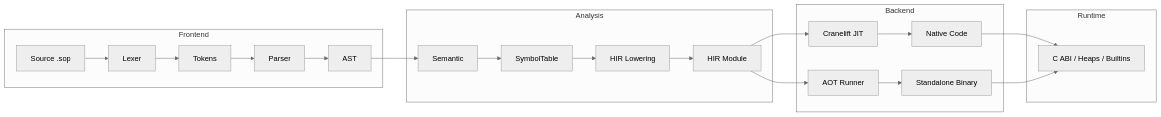
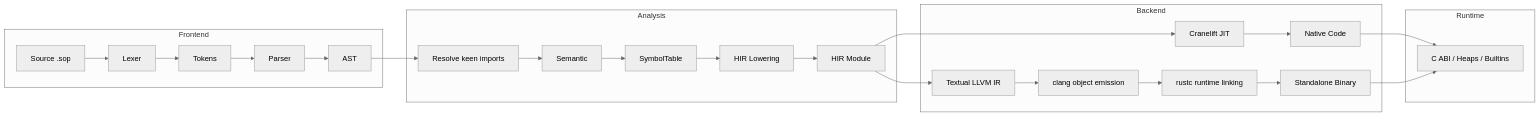
Before and after one commit to soplang/soplang: the diagram in docs/architecture/ARCHITECTURE.md, drawn with Mermaid (neutral theme). The commit also changed other lines of this file and 23 other files, not shown here.

````diff
--- a/docs/architecture/ARCHITECTURE.md
+++ b/docs/architecture/ARCHITECTURE.md
@@ -11,25 +11,28 @@
 ```mermaid
 flowchart LR
     subgraph Frontend
         A[Source .sop] --> B[Lexer]
         B --> C[Tokens]
         C --> D[Parser]
         D --> E[AST]
     end
     subgraph Analysis
-        E --> F[Semantic]
+        E --> Q[Resolve keen imports]
+        Q --> F[Semantic]
         F --> G[SymbolTable]
         G --> H[HIR Lowering]
         H --> I[HIR Module]
     end
     subgraph Backend
         I --> J[Cranelift JIT]
-        I --> K[AOT Runner]
+        I --> K[Textual LLVM IR]
         J --> L[Native Code]
-        K --> M[Standalone Binary]
+        K --> C1[clang object emission]
+        C1 --> C2[rustc runtime linking]
+        C2 --> M[Standalone Binary]
     end
     subgraph Runtime
         L --> R[C ABI / Heaps / Builtins]
         M --> R
     end
 ```
````
